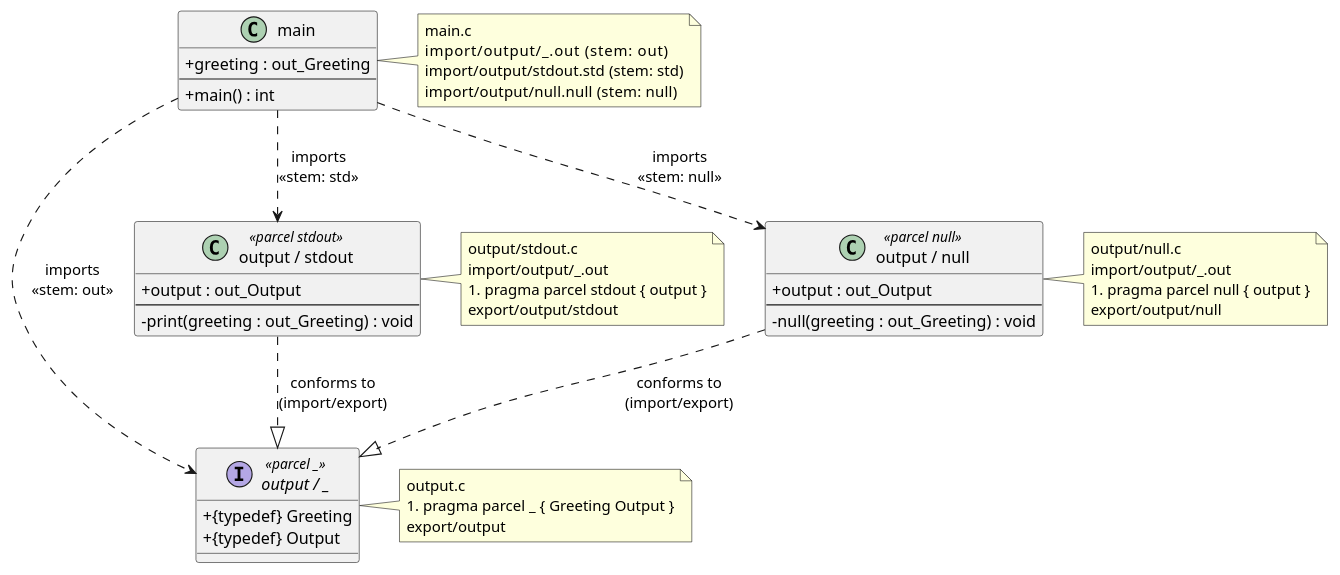
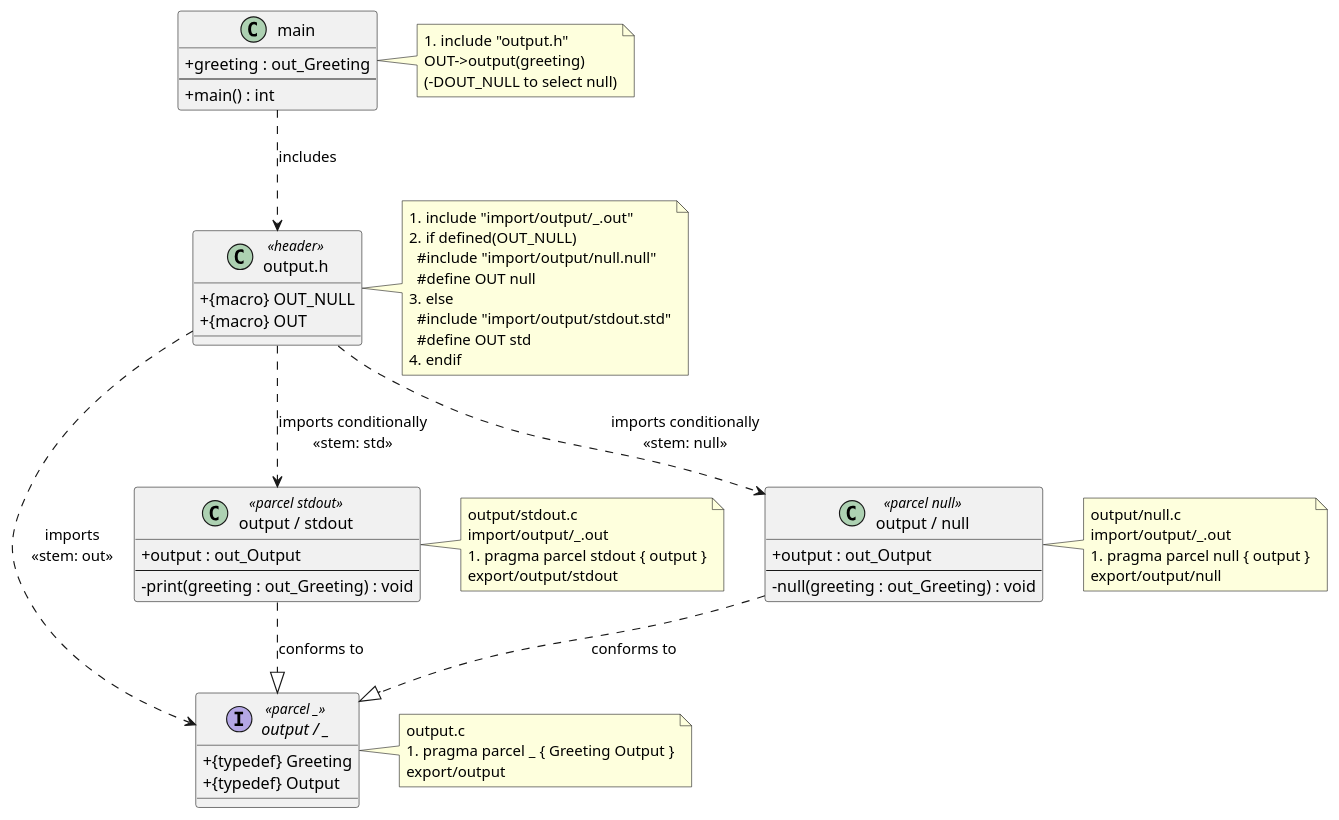
The diagram in examples/hello_world/hello_world.puml (nbyoung/parcel), drawn with PlantUML before and after one commit. The commit also changed 5 other files, not shown here.

Commit message:
Add the -DOUT_NULL selector to the hello_world example

```diff
--- a/examples/hello_world/hello_world.puml
+++ b/examples/hello_world/hello_world.puml
@@ -1,63 +1,80 @@
 @startuml hello_world
 
 skinparam classAttributeIconSize 0
 
 ' ── Interface parcel ────────────────────────────────────────────────
 interface "output / _" as IOutput <<parcel _>> {
   + {typedef} Greeting
   + {typedef} Output
 }
 note right of IOutput
   output.c
   #pragma parcel _ { Greeting Output }
   export/output
 end note
 
 ' ── Implementation: stdout ──────────────────────────────────────────
 class "output / stdout" as Stdout <<parcel stdout>> {
   + output : out_Output
   --
   - print(greeting : out_Greeting) : void
 }
 note right of Stdout
   output/stdout.c
   import/output/_.out
   #pragma parcel stdout { output }
   export/output/stdout
 end note
 
 ' ── Implementation: null ────────────────────────────────────────────
 class "output / null" as Null <<parcel null>> {
   + output : out_Output
   --
   - null(greeting : out_Greeting) : void
 }
 note right of Null
   output/null.c
   import/output/_.out
   #pragma parcel null { output }
   export/output/null
 end note
 
+' ── Selector header ─────────────────────────────────────────────────
+class "output.h" as Header <<header>> {
+  + {macro} OUT_NULL
+  + {macro} OUT
+}
+note right of Header
+  #include "import/output/_.out"
+  #if defined(OUT_NULL)
+    #include "import/output/null.null"
+    #define OUT null
+  #else
+    #include "import/output/stdout.std"
+    #define OUT std
+  #endif
+end note
+
 ' ── Consumer ────────────────────────────────────────────────────────
 class "main" as Main {
   + greeting : out_Greeting
   --
   + main() : int
 }
 note right of Main
-  main.c
-  import/output/_.out       (stem: out)
-  import/output/stdout.std  (stem: std)
-  import/output/null.null   (stem: null)
+  #include "output.h"
+  OUT->output(greeting)
+  (-DOUT_NULL to select null)
 end note
 
 ' ── Relationships ───────────────────────────────────────────────────
-Stdout ..|> IOutput : conforms to\n(import/export)
-Null   ..|> IOutput : conforms to\n(import/export)
+Stdout ..|> IOutput : conforms to
+Null   ..|> IOutput : conforms to
 
-Main ..> IOutput : imports\n«stem: out»
-Main ..> Stdout  : imports\n«stem: std»
-Main ..> Null    : imports\n«stem: null»
+Header ..> IOutput : imports\n«stem: out»
+Header ..> Stdout  : imports conditionally\n«stem: std»
+Header ..> Null    : imports conditionally\n«stem: null»
+
+Main ..> Header : includes
 
 @enduml
```
